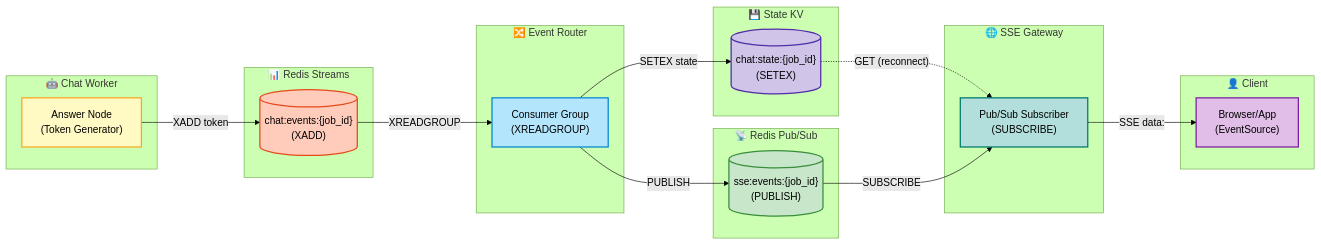
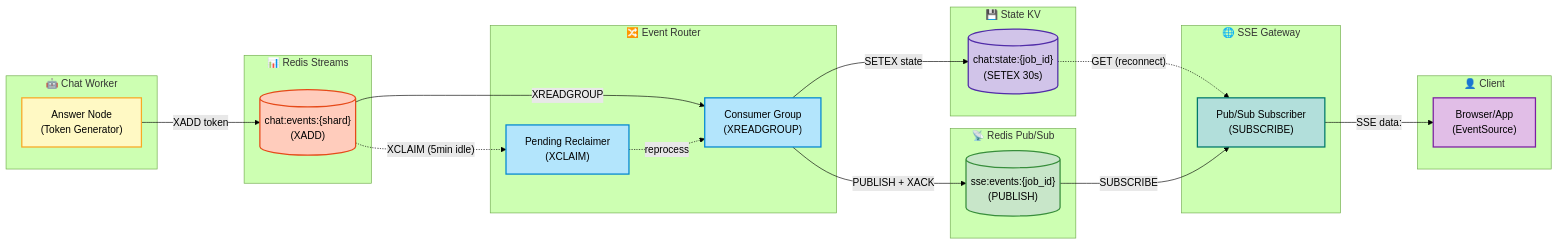
Before and after one commit to SeSACTHON/backend: the second of 6 diagrams in README.md, drawn with Mermaid (forest theme). The commit also changed other lines of this file, not shown here.

First line of the commit message:
docs: Chat Agent Architecture 상세 설명 보강

````diff
--- a/README.md
+++ b/README.md
@@ -190,54 +212,57 @@
 ```mermaid
 flowchart LR
     subgraph Worker["🤖 Chat Worker"]
         AN["Answer Node<br/>(Token Generator)"]
     end
 
     subgraph Streams["📊 Redis Streams"]
-        RS[("chat:events:{job_id}<br/>(XADD)")]
+        RS[("chat:events:{shard}<br/>(XADD)")]
     end
 
     subgraph Router["🔀 Event Router"]
         ER["Consumer Group<br/>(XREADGROUP)"]
+        RC["Pending Reclaimer<br/>(XCLAIM)"]
     end
 
     subgraph State["💾 State KV"]
-        SK[("chat:state:{job_id}<br/>(SETEX)")]
+        SK[("chat:state:{job_id}<br/>(SETEX 30s)")]
     end
 
     subgraph PubSub["📡 Redis Pub/Sub"]
         PS[("sse:events:{job_id}<br/>(PUBLISH)")]
     end
 
     subgraph Gateway["🌐 SSE Gateway"]
         SG["Pub/Sub Subscriber<br/>(SUBSCRIBE)"]
     end
 
     subgraph Client["👤 Client"]
         CL["Browser/App<br/>(EventSource)"]
     end
 
     AN -->|"XADD token"| RS
     RS -->|"XREADGROUP"| ER
+    RS -.->|"XCLAIM (5min idle)"| RC
+    RC -.->|"reprocess"| ER
     ER -->|"SETEX state"| SK
-    ER -->|"PUBLISH"| PS
+    ER -->|"PUBLISH + XACK"| PS
     SK -.->|"GET (reconnect)"| SG
     PS -->|"SUBSCRIBE"| SG
     SG -->|"SSE data:"| CL
 
     classDef worker fill:#fff9c4,stroke:#f9a825,stroke-width:2px,color:#000
     classDef streams fill:#ffccbc,stroke:#e64a19,stroke-width:2px,color:#000
     classDef router fill:#b3e5fc,stroke:#0288d1,stroke-width:2px,color:#000
     classDef state fill:#d1c4e9,stroke:#512da8,stroke-width:2px,color:#000
     classDef pubsub fill:#c8e6c9,stroke:#388e3c,stroke-width:2px,color:#000
     classDef gateway fill:#b2dfdb,stroke:#00796b,stroke-width:2px,color:#000
     classDef client fill:#e1bee7,stroke:#7b1fa2,stroke-width:2px,color:#000
 
     class AN worker
     class RS streams
-    class ER router
+    class ER,RC router
     class SK state
     class PS pubsub
     class SG gateway
     class CL client
 ```
````
